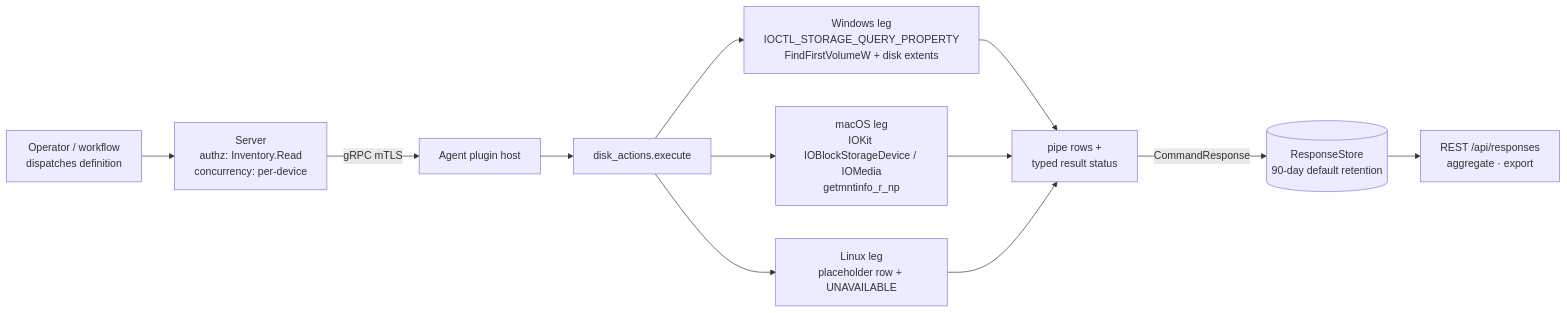
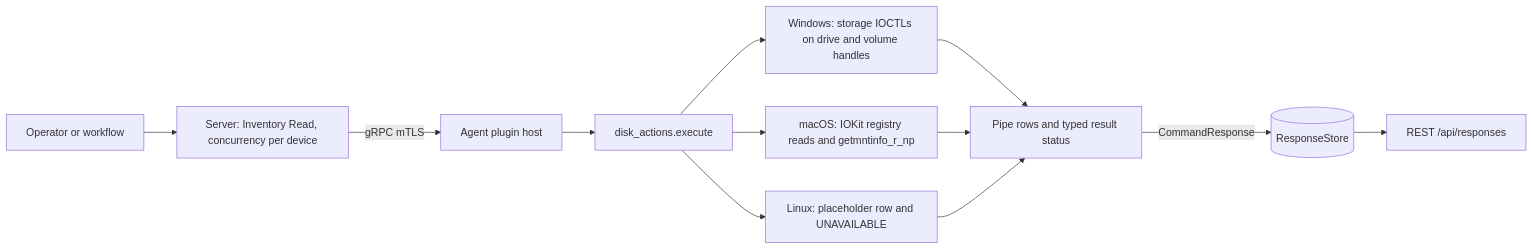
Before and after one commit to DevNullLtd/Yuzu: the first of 3 diagrams in agents/plugins/disk_actions/README.md, drawn with Mermaid. The commit also changed other lines of this file and 9 other files, not shown here.

Commit message:
docs(plugins): refresh the event_logs, disk_actions, power_health, software_actions and script_exec READMEs

````diff
--- a/agents/plugins/disk_actions/README.md
+++ b/agents/plugins/disk_actions/README.md
@@ -23,12 +21,11 @@
 ```mermaid
 flowchart LR
-  OP[Operator / workflow<br/>dispatches definition] --> SRV[Server<br/>authz: Inventory.Read<br/>concurrency: per-device]
-  SRV -- gRPC mTLS --> HOST[Agent plugin host]
-  HOST --> EX[disk_actions.execute]
-  EX --> WIN[Windows leg<br/>IOCTL_STORAGE_QUERY_PROPERTY<br/>FindFirstVolumeW + disk extents]
-  EX --> MAC[macOS leg<br/>IOKit IOBlockStorageDevice / IOMedia<br/>getmntinfo_r_np]
-  EX --> LIN[Linux leg<br/>placeholder row + UNAVAILABLE]
-  WIN & MAC & LIN --> ROWS[pipe rows +<br/>typed result status]
-  ROWS -- CommandResponse --> RS[(ResponseStore<br/>90-day default retention)]
-  RS --> API[REST /api/responses<br/>aggregate · export]
+  OP["Operator or workflow"] --> SRV["Server: Inventory Read, concurrency per device"]
+  SRV -- "gRPC mTLS" --> HOST["Agent plugin host"] --> EX["disk_actions.execute"]
+  EX --> WIN["Windows: storage IOCTLs on drive and volume handles"]
+  EX --> MAC["macOS: IOKit registry reads and getmntinfo_r_np"]
+  EX --> LIN["Linux: placeholder row and UNAVAILABLE"]
+  WIN & MAC & LIN --> ROWS["Pipe rows and typed result status"]
+  ROWS -- "CommandResponse" --> RS[("ResponseStore")]
+  RS --> API["REST /api/responses"]
 ```
````
